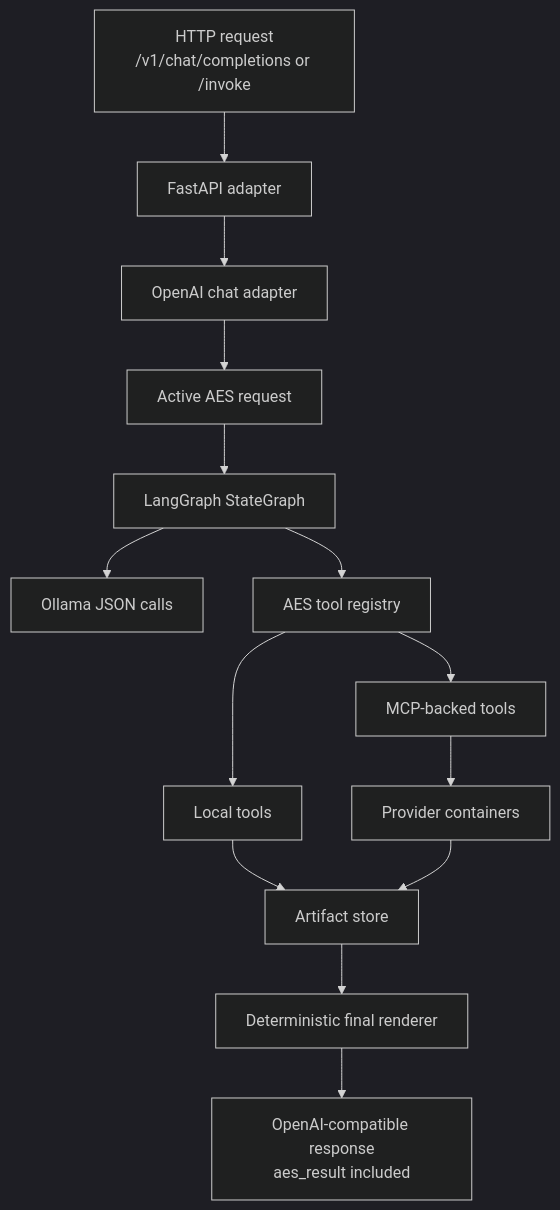
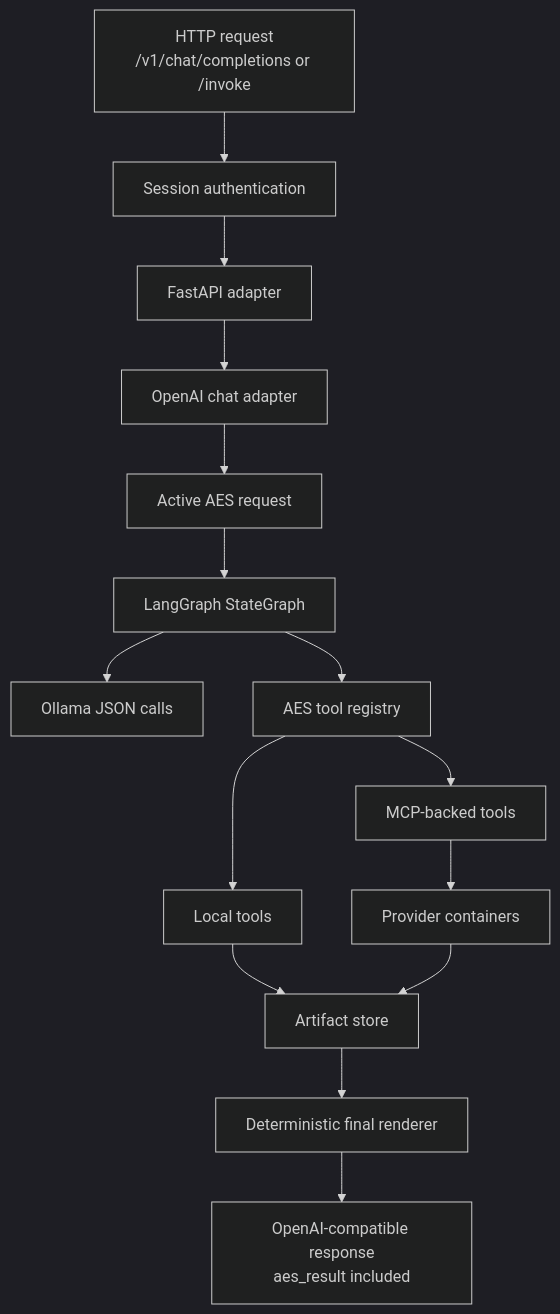
One commit to RadmirG/AES changed the first of 6 diagrams in langgraph/architecture.md. Above: the diagram before and after it, drawn with Mermaid (dark theme). The commit also changed other lines of this file and 32 other files, not shown here.

````diff
--- a/langgraph/architecture.md
+++ b/langgraph/architecture.md
@@ -8,16 +8,17 @@
 ```mermaid
 flowchart TD
-    A["HTTP request<br/>/v1/chat/completions or /invoke"] --> B["FastAPI adapter"]
+    A["HTTP request<br/>/v1/chat/completions or /invoke"] --> AUTH["Session authentication"]
+    AUTH --> B["FastAPI adapter"]
     B --> C["OpenAI chat adapter"]
     C --> D["Active AES request"]
     D --> E["LangGraph StateGraph"]
     E --> F["Ollama JSON calls"]
     E --> G["AES tool registry"]
     G --> H["MCP-backed tools"]
     G --> I["Local tools"]
     H --> J["Provider containers"]
     I --> K["Artifact store"]
     J --> K
     K --> L["Deterministic final renderer"]
     L --> M["OpenAI-compatible response<br/>aes_result included"]
 ```
````
